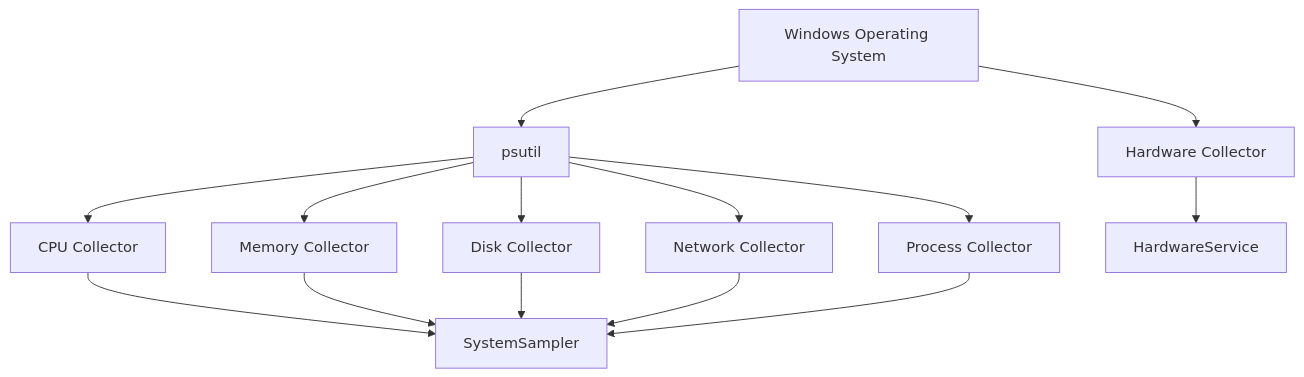
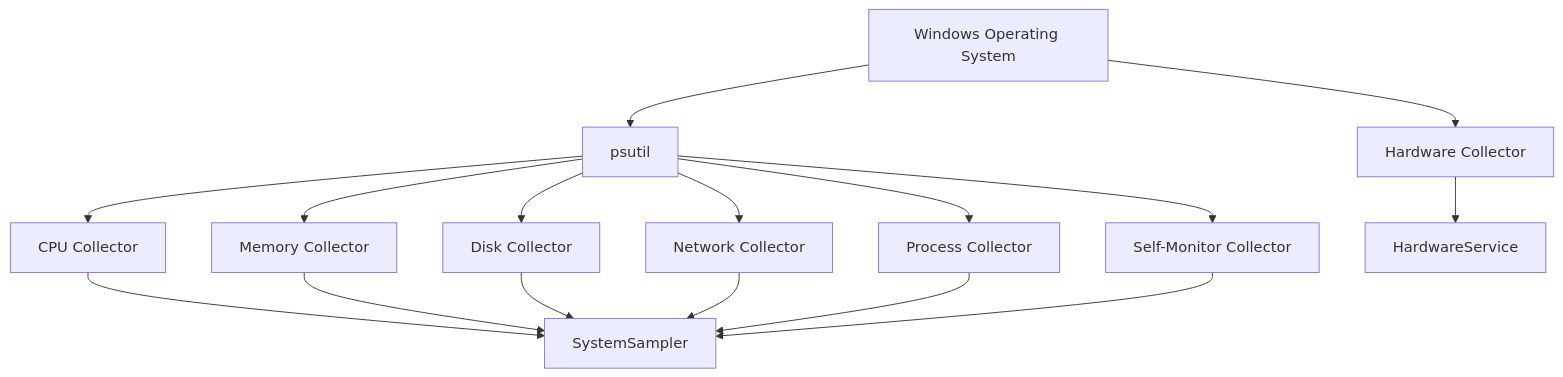
The first of 2 diagrams in docs/collectors.md (IronRon/Sys-Monitor), drawn with Mermaid before and after one commit. The commit also changed other lines of this file and 19 other files, not shown here.

First line of the commit message:
feat: add self-monitoring capabilities to Sys Monitor

````diff
--- a/docs/collectors.md
+++ b/docs/collectors.md
@@ -36,22 +37,24 @@
 ```mermaid
 flowchart TD
     Windows[Windows Operating System]
 
     Windows --> Psutil[psutil]
 
     Psutil --> CPU[CPU Collector]
     Psutil --> Memory[Memory Collector]
     Psutil --> Disk[Disk Collector]
     Psutil --> Network[Network Collector]
     Psutil --> Processes[Process Collector]
+    Psutil --> SelfMonitor[Self-Monitor Collector]
 
     Windows --> Hardware[Hardware Collector]
 
     CPU --> Sampler[SystemSampler]
     Memory --> Sampler
     Disk --> Sampler
     Network --> Sampler
     Processes --> Sampler
+    SelfMonitor --> Sampler
 
     Hardware --> HardwareService[HardwareService]
 ```
````
